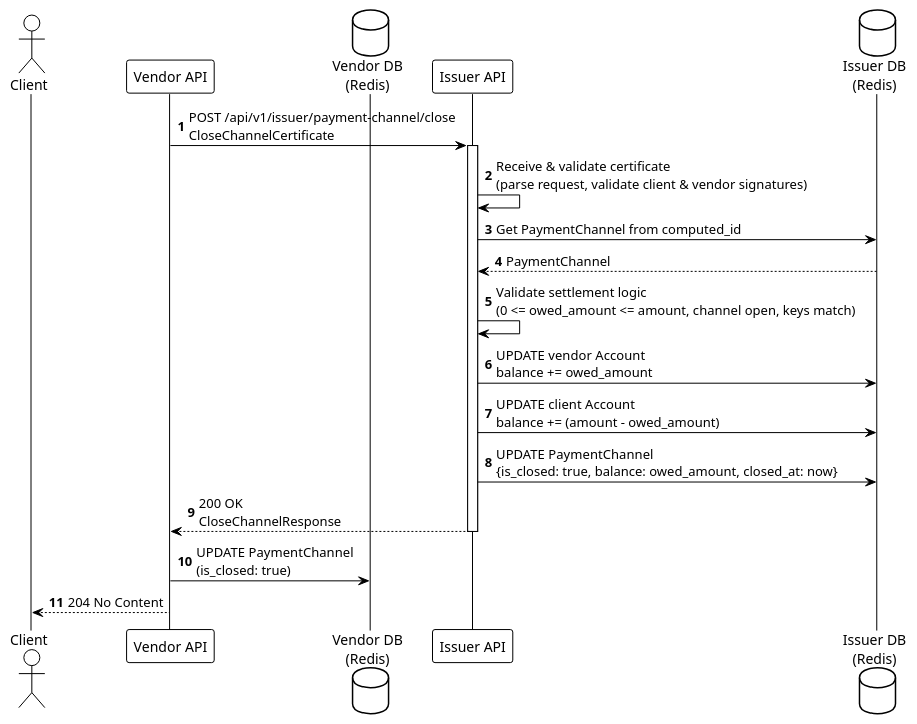
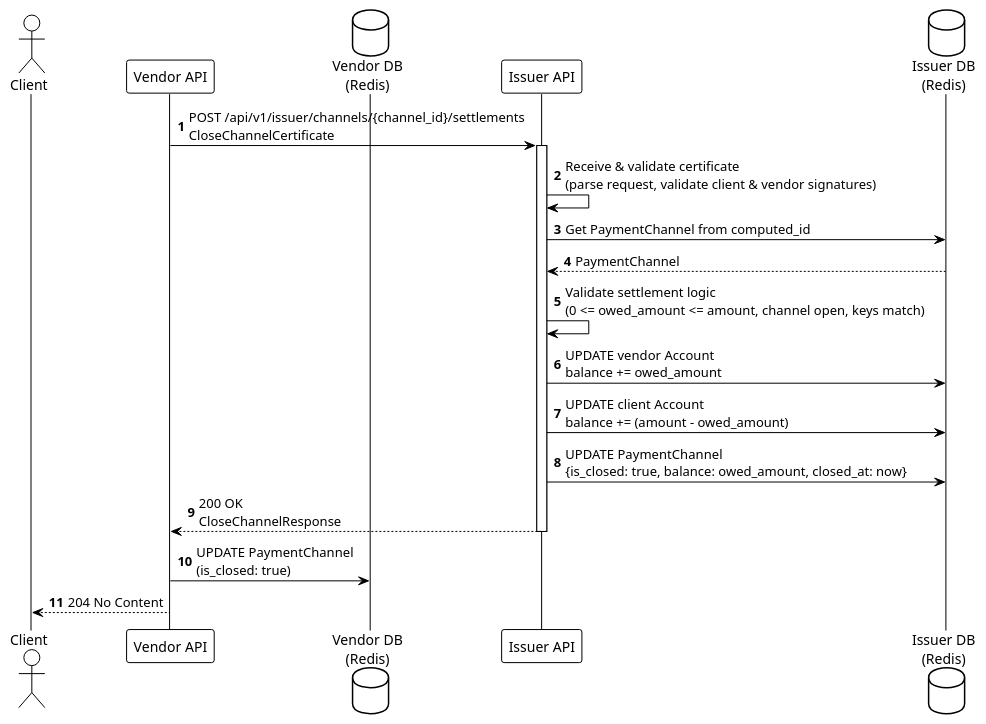
The diagram in umls/phase3b-issuer-settlement.puml (otaviootavio/nanomoni), drawn with PlantUML before and after one commit. The commit also changed 14 other files, not shown here.

First line of the commit message:
Refactor API endpoints and payment handling for improved clarity and functionality

```diff
--- a/umls/phase3b-issuer-settlement.puml
+++ b/umls/phase3b-issuer-settlement.puml
@@ -1,33 +1,33 @@
 @startuml Phase3b_Issuer_Settlement
 
 !theme plain
 autonumber
 
 actor "Client" as Client
 participant "Vendor API" as Vendor
 database "Vendor DB\n(Redis)" as VendorDB
 participant "Issuer API" as Issuer
 database "Issuer DB\n(Redis)" as IssuerDB
 
-Vendor -> Issuer: POST /api/v1/issuer/payment-channel/close\nCloseChannelCertificate
+Vendor -> Issuer: POST /api/v1/issuer/channels/{channel_id}/settlements\nCloseChannelCertificate
 activate Issuer
 
 Issuer -> Issuer: Receive & validate certificate\n(parse request, validate client & vendor signatures)
 
 Issuer -> IssuerDB: Get PaymentChannel from computed_id
 IssuerDB --> Issuer: PaymentChannel
 
 Issuer -> Issuer: Validate settlement logic\n(0 <= owed_amount <= amount, channel open, keys match)
 
 Issuer -> IssuerDB: UPDATE vendor Account\nbalance += owed_amount
 Issuer -> IssuerDB: UPDATE client Account\nbalance += (amount - owed_amount)
 Issuer -> IssuerDB: UPDATE PaymentChannel\n{is_closed: true, balance: owed_amount, closed_at: now}
 
 Issuer --> Vendor: 200 OK\nCloseChannelResponse
 deactivate Issuer
 
 Vendor -> VendorDB: UPDATE PaymentChannel\n(is_closed: true)
 Vendor --> Client: 204 No Content
 deactivate Vendor
 
 @enduml
```
